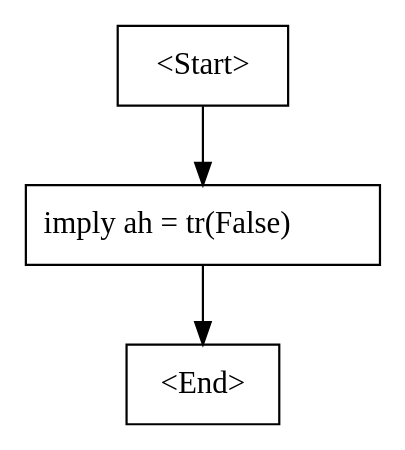
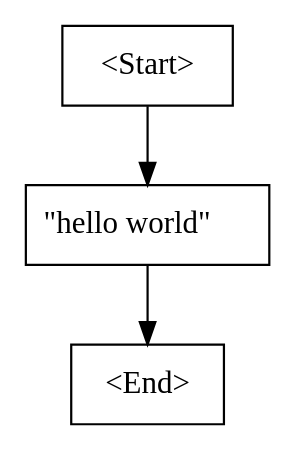
The diagram in src/Vivian.Interactive/bin/Debug/net5.0/win-x64/cfg.dot (WaifuShork/Quartz), drawn with Graphviz before and after one commit. The commit also changed 11 other files, not shown here.

```diff
--- a/src/Vivian.Interactive/bin/Debug/net5.0/win-x64/cfg.dot
+++ b/src/Vivian.Interactive/bin/Debug/net5.0/win-x64/cfg.dot
@@ -1,7 +1,7 @@
 digraph G {
     N0 [label = "<Start>" shape = box]
-    N1 [label = "imply ah = tr(False)\l" shape = box]
+    N1 [label = "\"hello world\"\l" shape = box]
     N2 [label = "<End>" shape = box]
     N0 -> N1 [label = ""]
     N1 -> N2 [label = ""]
 }
```
